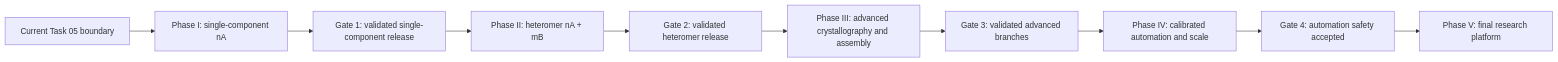
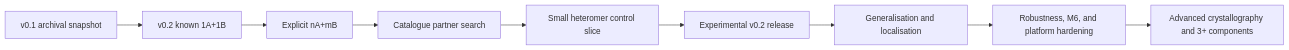
The diagram in docs/full-program-roadmap.md (asuq/nf-genome_to_diffraction), drawn with Mermaid before and after one commit. The commit also changed other lines of this file and 17 other files, not shown here.

Commit message:
release: prepare v0.1.0 archival snapshot

````diff
--- a/docs/full-program-roadmap.md
+++ b/docs/full-program-roadmap.md
@@ -55,12 +29,11 @@
 ```mermaid
 flowchart LR
-    C["Current Task 05 boundary"] --> P1["Phase I: single-component nA"]
-    P1 --> G1["Gate 1: validated single-component release"]
-    G1 --> P2["Phase II: heteromer nA + mB"]
-    P2 --> G2["Gate 2: validated heteromer release"]
-    G2 --> P3["Phase III: advanced crystallography and assembly"]
-    P3 --> G3["Gate 3: validated advanced branches"]
-    G3 --> P4["Phase IV: calibrated automation and scale"]
-    P4 --> G4["Gate 4: automation safety accepted"]
-    G4 --> P5["Phase V: final research platform"]
+    A["v0.1 archival snapshot"] --> B["v0.2 known 1A+1B"]
+    B --> C["Explicit nA+mB"]
+    C --> D["Catalogue partner search"]
+    D --> E["Small heteromer control slice"]
+    E --> F["Experimental v0.2 release"]
+    F --> G["Generalisation and localisation"]
+    G --> H["Robustness, M6, and platform hardening"]
+    H --> I["Advanced crystallography and 3+ components"]
 ```
````
